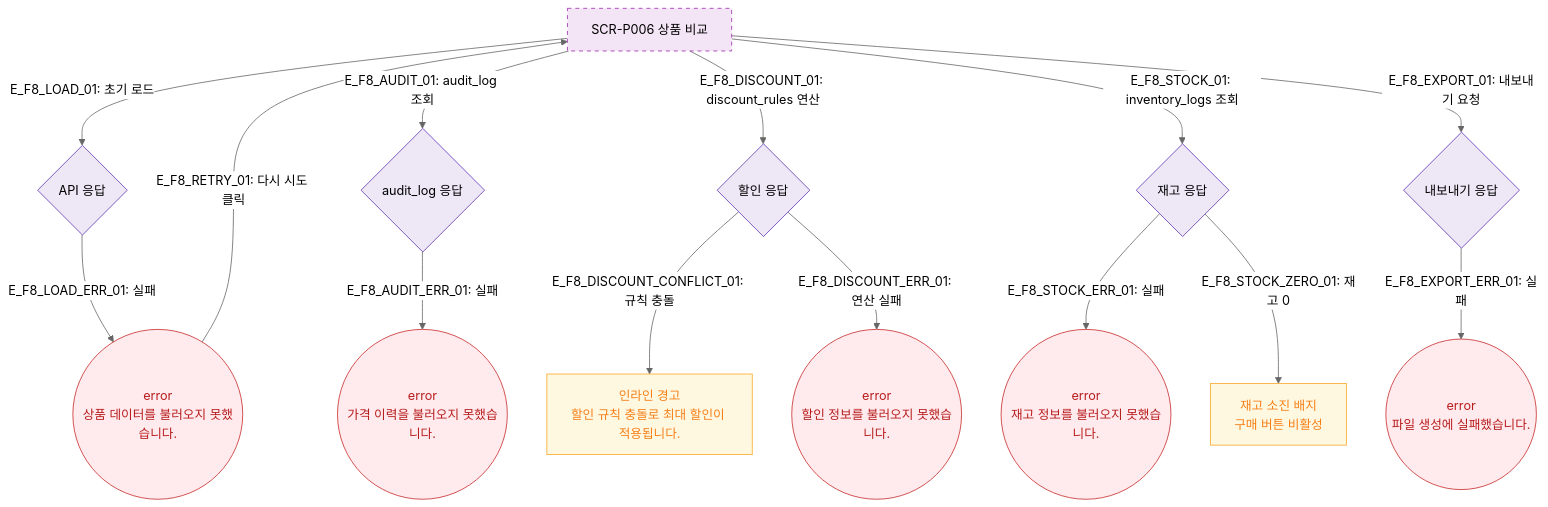
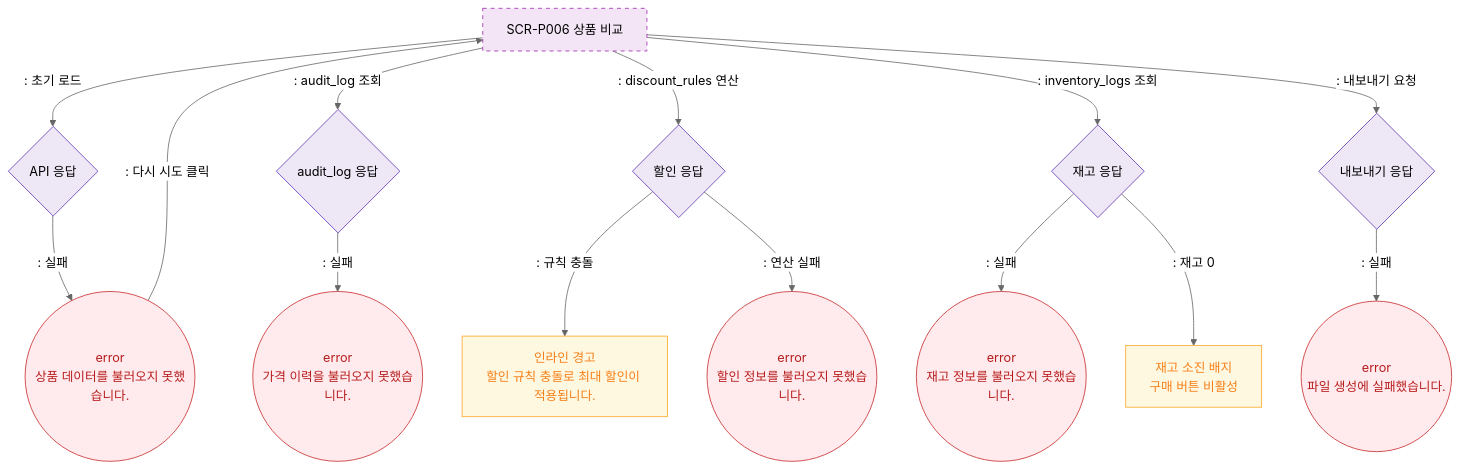
The diagram in docs/다이어그램/D05_상품관리/SCR-P006_상품비교/F8_에러예외복구.md (dev-spogym/admin-pando), drawn with Mermaid (neutral theme) before and after one commit. The commit also changed other lines of this file and 1660 other files, not shown here.

First line of the commit message:
다이어그램: 기획자/클라이언트 납품본으로 정리

````diff
--- a/docs/다이어그램/D05_상품관리/SCR-P006_상품비교/F8_에러예외복구.md
+++ b/docs/다이어그램/D05_상품관리/SCR-P006_상품비교/F8_에러예외복구.md
@@ -20,37 +18,37 @@
 ```mermaid
 flowchart TD
     SCR_P006[SCR-P006 상품 비교]
 
     %% 데이터 로드 에러
-    SCR_P006 -->|"E_F8_LOAD_01: 초기 로드"| LoadAPI{API 응답}
-    LoadAPI -->|"E_F8_LOAD_ERR_01: 실패"| ErrLoad((error\n상품 데이터를 불러오지 못했습니다.))
-    ErrLoad -->|"E_F8_RETRY_01: 다시 시도 클릭"| SCR_P006
+    SCR_P006 -->|": 초기 로드"|LoadAPI{API 응답}
+    LoadAPI -->|": 실패"|ErrLoad((error\n상품 데이터를 불러오지 못했습니다.))
+    ErrLoad -->|": 다시 시도 클릭"|SCR_P006
 
     %% 가격이력 에러
-    SCR_P006 -->|"E_F8_AUDIT_01: audit_log 조회"| AuditAPI{audit_log 응답}
-    AuditAPI -->|"E_F8_AUDIT_ERR_01: 실패"| ErrAudit((error\n가격 이력을 불러오지 못했습니다.))
+    SCR_P006 -->|": audit_log 조회"|AuditAPI{audit_log 응답}
+    AuditAPI -->|": 실패"|ErrAudit((error\n가격 이력을 불러오지 못했습니다.))
 
     %% 할인 연산 에러
-    SCR_P006 -->|"E_F8_DISCOUNT_01: discount_rules 연산"| DiscountAPI{할인 응답}
-    DiscountAPI -->|"E_F8_DISCOUNT_CONFLICT_01: 규칙 충돌"| ErrConflict[인라인 경고\n할인 규칙 충돌로 최대 할인이 적용됩니다.]
-    DiscountAPI -->|"E_F8_DISCOUNT_ERR_01: 연산 실패"| ErrDiscount((error\n할인 정보를 불러오지 못했습니다.))
+    SCR_P006 -->|": discount_rules 연산"|DiscountAPI{할인 응답}
+    DiscountAPI -->|": 규칙 충돌"|ErrConflict[인라인 경고\n할인 규칙 충돌로 최대 할인이 적용됩니다.]
+    DiscountAPI -->|": 연산 실패"|ErrDiscount((error\n할인 정보를 불러오지 못했습니다.))
 
     %% 재고차감 에러
-    SCR_P006 -->|"E_F8_STOCK_01: inventory_logs 조회"| StockAPI{재고 응답}
-    StockAPI -->|"E_F8_STOCK_ERR_01: 실패"| ErrStock((error\n재고 정보를 불러오지 못했습니다.))
-    StockAPI -->|"E_F8_STOCK_ZERO_01: 재고 0"| StockZero[재고 소진 배지\n구매 버튼 비활성]
+    SCR_P006 -->|": inventory_logs 조회"|StockAPI{재고 응답}
+    StockAPI -->|": 실패"|ErrStock((error\n재고 정보를 불러오지 못했습니다.))
+    StockAPI -->|": 재고 0"|StockZero[재고 소진 배지\n구매 버튼 비활성]
 
     %% 내보내기 에러
-    SCR_P006 -->|"E_F8_EXPORT_01: 내보내기 요청"| ExportAPI{내보내기 응답}
-    ExportAPI -->|"E_F8_EXPORT_ERR_01: 실패"| ErrExport((error\n파일 생성에 실패했습니다.))
+    SCR_P006 -->|": 내보내기 요청"|ExportAPI{내보내기 응답}
+    ExportAPI -->|": 실패"|ErrExport((error\n파일 생성에 실패했습니다.))
 
     classDef screen fill:#F3E5F5,stroke:#9C27B0,stroke-dasharray:5 5
     classDef newFeature fill:#F3E5F5,stroke:#9C27B0,stroke-dasharray:5 5
     classDef error fill:#FFEBEE,stroke:#C62828,color:#B71C1C
     classDef warning fill:#FFF8E1,stroke:#F9A825,color:#F57F17
     classDef system fill:#EDE7F6,stroke:#5E35B2
     class SCR_P006 newFeature
     class ErrLoad,ErrAudit,ErrDiscount,ErrStock,ErrExport error
     class ErrConflict,StockZero warning
     class LoadAPI,AuditAPI,DiscountAPI,StockAPI,ExportAPI system
 ```
````
